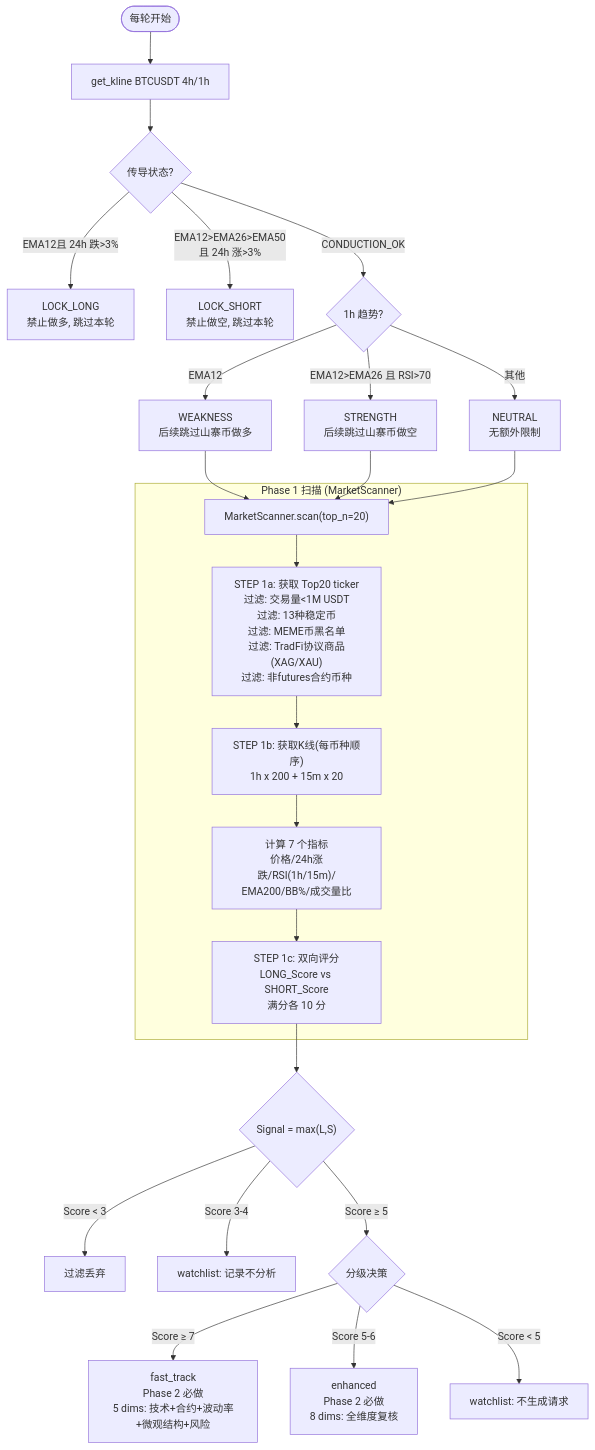
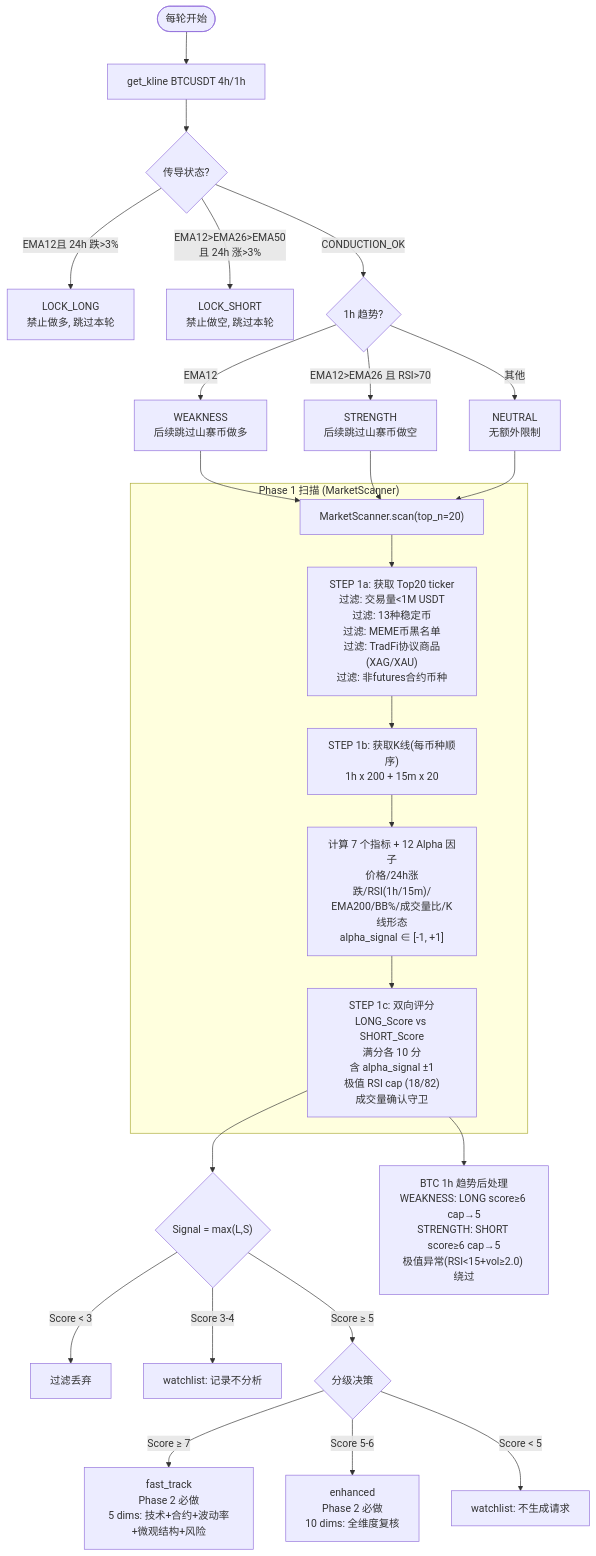
Before and after one commit to zihpzhong/Vibe-Trading: the second of 5 diagrams in docs/auto-trading-plan.md, drawn with Mermaid. The commit also changed other lines of this file and 1 other file, not shown here.

````diff
--- a/docs/auto-trading-plan.md
+++ b/docs/auto-trading-plan.md
@@ -71,33 +77,35 @@
 ```mermaid
 flowchart TD
     START(["每轮开始"]) --> BTC[get_kline BTCUSDT 4h/1h]
     BTC --> COND{传导状态?}
 
     COND -->|EMA12<EMA26<EMA50<br>且 24h 跌>3%| LOCK_LONG[LOCK_LONG<br>禁止做多, 跳过本轮]
     COND -->|EMA12>EMA26>EMA50<br>且 24h 涨>3%| LOCK_SHORT[LOCK_SHORT<br>禁止做空, 跳过本轮]
     COND -->|CONDUCTION_OK| TREND{1h 趋势?}
 
     TREND -->|EMA12<EMA26| WEAK[WEAKNESS<br>后续跳过山寨币做多]
     TREND -->|EMA12>EMA26 且 RSI>70| STRONG[STRENGTH<br>后续跳过山寨币做空]
     TREND -->|其他| NEUTRAL[NEUTRAL<br>无额外限制]
 
     WEAK --> SCAN
     STRONG --> SCAN
     NEUTRAL --> SCAN
 
     subgraph PHASE1["Phase 1 扫描 (MarketScanner)"]
         SCAN["MarketScanner.scan(top_n=20)"] --> TICKER["STEP 1a: 获取 Top20 ticker<br>过滤: 交易量<1M USDT<br>过滤: 13种稳定币<br>过滤: MEME币黑名单<br>过滤: TradFi协议商品(XAG/XAU)<br>过滤: 非futures合约币种"]
         TICKER --> KLINE["STEP 1b: 获取K线(每币种顺序)<br>1h x 200 + 15m x 20"]
-        KLINE --> INDICATORS["计算 7 个指标<br>价格/24h涨跌/RSI(1h/15m)/<br>EMA200/BB%/成交量比"]
-        INDICATORS --> SCORE["STEP 1c: 双向评分<br>LONG_Score vs SHORT_Score<br>满分各 10 分"]
+        KLINE --> INDICATORS["计算 7 个指标 + 12 Alpha 因子<br>价格/24h涨跌/RSI(1h/15m)/<br>EMA200/BB%/成交量比/K线形态<br>alpha_signal ∈ [-1, +1]"]
+        INDICATORS --> SCORE["STEP 1c: 双向评分<br>LONG_Score vs SHORT_Score<br>满分各 10 分<br>含 alpha_signal ±1<br>极值 RSI cap (18/82)<br>成交量确认守卫"]
     end
 
     SCORE --> RANK{"Signal = max(L,S)"}
     RANK -->|Score < 3| FILTER[过滤丢弃]
     RANK -->|Score 3-4| WATCH[watchlist: 记录不分析]
     RANK -->|Score ≥ 5| TIER{分级决策}
 
     TIER -->|Score ≥ 7| FAST[fast_track<br>Phase 2 必做<br>5 dims: 技术+合约+波动率+微观结构+风险]
-    TIER -->|Score 5-6| ENHANCED[enhanced<br>Phase 2 必做<br>8 dims: 全维度复核]
+    TIER -->|Score 5-6| ENHANCED[enhanced<br>Phase 2 必做<br>10 dims: 全维度复核]
     TIER -->|Score < 5| END[watchlist: 不生成请求]
+
+    SCORE --> BTC_CAP["BTC 1h 趋势后处理<br>WEAKNESS: LONG score≥6 cap→5<br>STRENGTH: SHORT score≥6 cap→5<br>极值异常(RSI<15+vol≥2.0) 绕过"]
 ```
````
